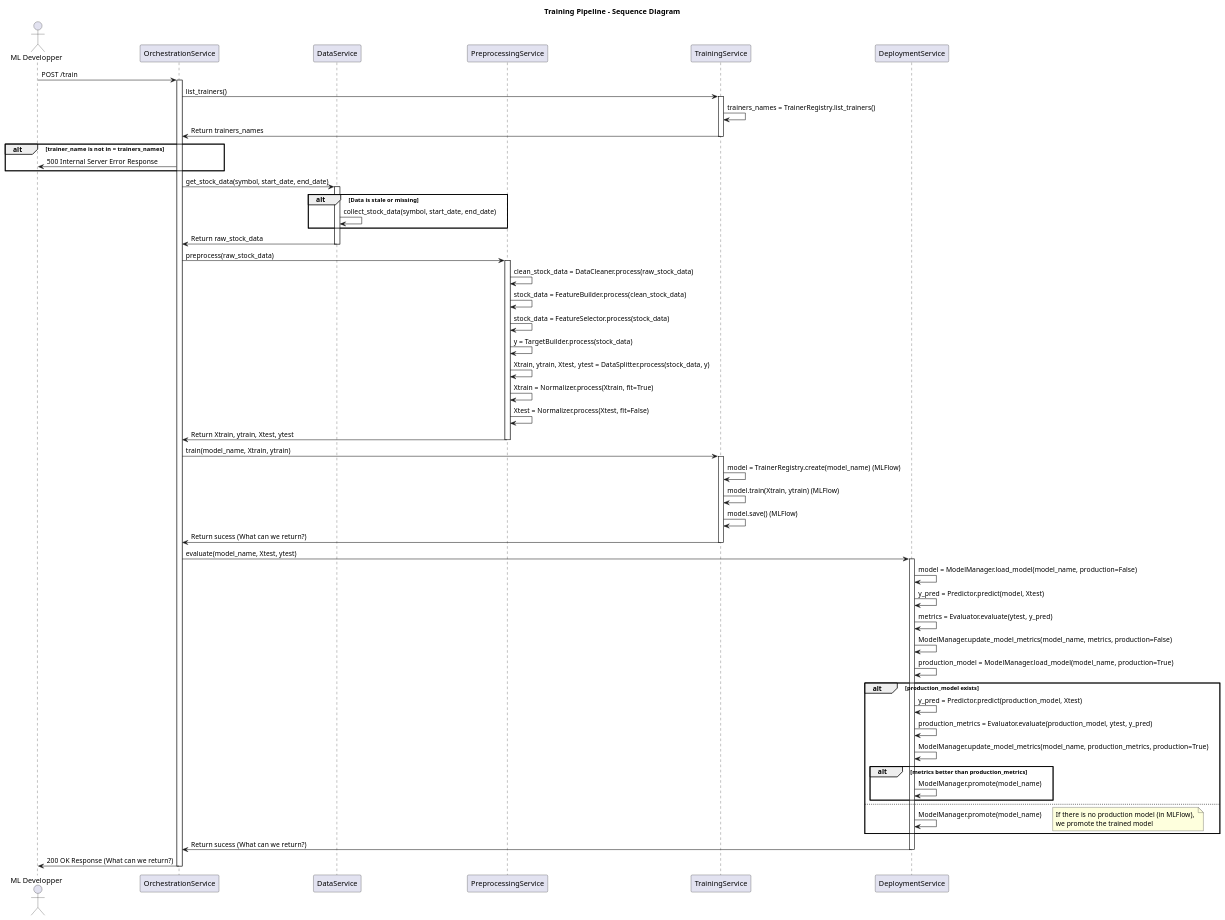
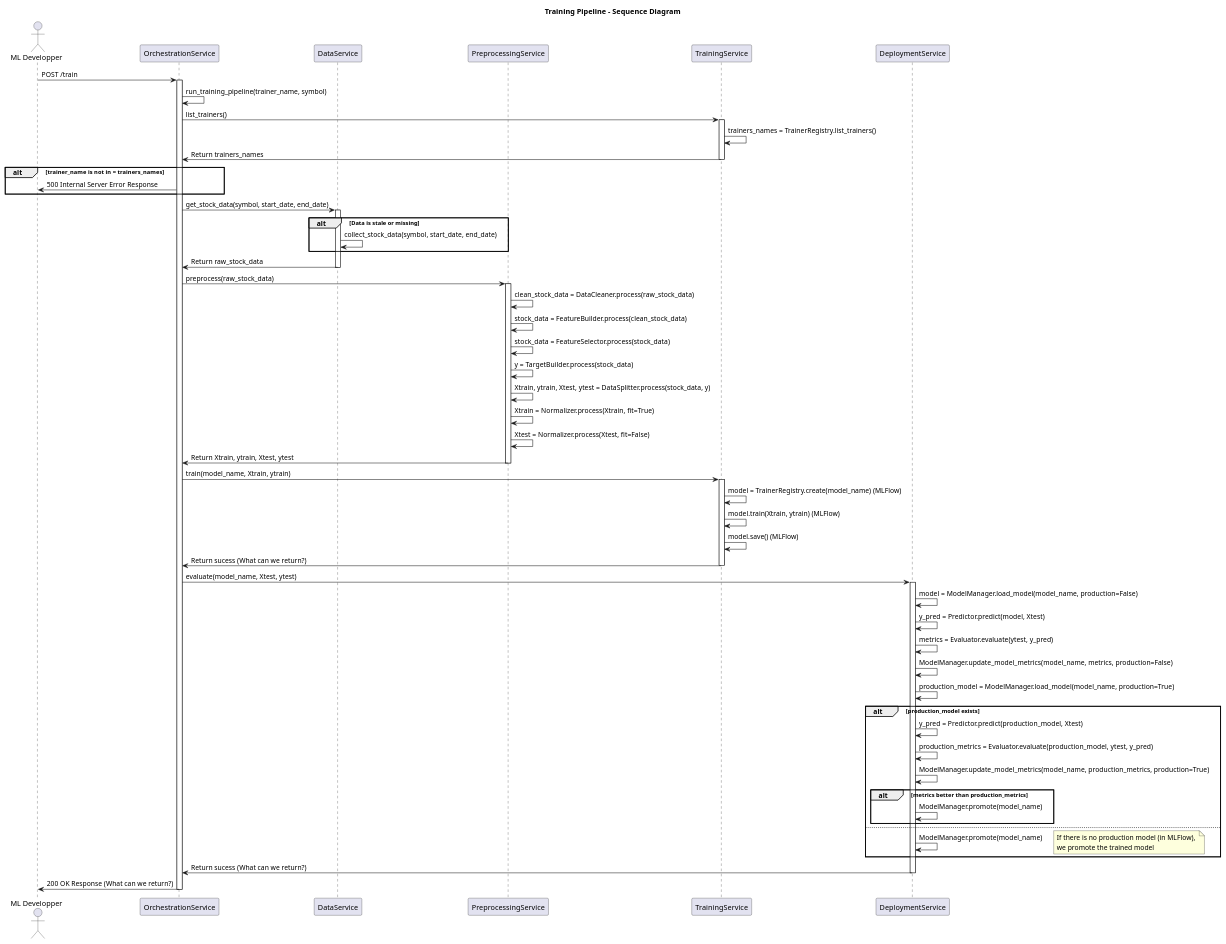
One commit to LOG795-PFE031/stock-ai_pfe031 changed the diagram in docs/monolith/Training_Pipeline_Sequence_Diagram.puml. Above: the diagram before and after it, drawn with PlantUML. The commit also changed 3 other files, not shown here.

Commit message:
Args added to diagram + Monitoring classes added (Docs)

```diff
--- a/docs/monolith/Training_Pipeline_Sequence_Diagram.puml
+++ b/docs/monolith/Training_Pipeline_Sequence_Diagram.puml
@@ -1,94 +1,94 @@
 @startuml
 
 title Training Pipeline - Sequence Diagram
 
 Actor "ML Developper" as User
 participant OrchestrationService
 participant DataService
 participant PreprocessingService
 participant TrainingService
 participant DeploymentService
 
 
 User -> OrchestrationService : POST /train
 activate OrchestrationService
 
-
+OrchestrationService -> OrchestrationService : run_training_pipeline(trainer_name, symbol)
 OrchestrationService -> TrainingService : list_trainers()
 activate TrainingService
 TrainingService -> TrainingService : trainers_names = TrainerRegistry.list_trainers()
 TrainingService -> OrchestrationService : Return trainers_names
 deactivate TrainingService
 
 alt trainer_name is not in  = trainers_names
     OrchestrationService -> User : 500 Internal Server Error Response
 end
 
 
 OrchestrationService -> DataService : get_stock_data(symbol, start_date, end_date)
 activate DataService
 
 alt Data is stale or missing
     DataService -> DataService : collect_stock_data(symbol, start_date, end_date)
 end
 DataService -> OrchestrationService : Return raw_stock_data
 deactivate DataService
 
 
 OrchestrationService -> PreprocessingService : preprocess(raw_stock_data)
 activate PreprocessingService
 PreprocessingService -> PreprocessingService : clean_stock_data = DataCleaner.process(raw_stock_data)
 PreprocessingService -> PreprocessingService : stock_data = FeatureBuilder.process(clean_stock_data)
 PreprocessingService -> PreprocessingService : stock_data = FeatureSelector.process(stock_data)
 PreprocessingService -> PreprocessingService : y = TargetBuilder.process(stock_data)
 PreprocessingService -> PreprocessingService : Xtrain, ytrain, Xtest, ytest = DataSplitter.process(stock_data, y)
 PreprocessingService -> PreprocessingService : Xtrain = Normalizer.process(Xtrain, fit=True)
 PreprocessingService -> PreprocessingService : Xtest = Normalizer.process(Xtest, fit=False)
 PreprocessingService -> OrchestrationService : Return Xtrain, ytrain, Xtest, ytest
 deactivate PreprocessingService
 
 
 OrchestrationService -> TrainingService : train(model_name, Xtrain, ytrain)
 activate TrainingService
 
 TrainingService -> TrainingService : model = TrainerRegistry.create(model_name) (MLFlow)
 TrainingService -> TrainingService : model.train(Xtrain, ytrain) (MLFlow)
 TrainingService -> TrainingService : model.save() (MLFlow)
 TrainingService -> OrchestrationService : Return sucess (What can we return?)
 deactivate TrainingService
 
 OrchestrationService -> DeploymentService : evaluate(model_name, Xtest, ytest)
 activate DeploymentService
 
 DeploymentService -> DeploymentService : model = ModelManager.load_model(model_name, production=False)
 DeploymentService -> DeploymentService : y_pred = Predictor.predict(model, Xtest)
 DeploymentService -> DeploymentService : metrics = Evaluator.evaluate(ytest, y_pred)
 DeploymentService -> DeploymentService : ModelManager.update_model_metrics(model_name, metrics, production=False)
 
 DeploymentService -> DeploymentService : production_model = ModelManager.load_model(model_name, production=True)
 
 alt production_model exists
     DeploymentService -> DeploymentService : y_pred = Predictor.predict(production_model, Xtest)
     DeploymentService -> DeploymentService : production_metrics = Evaluator.evaluate(production_model, ytest, y_pred)
     DeploymentService -> DeploymentService : ModelManager.update_model_metrics(model_name, production_metrics, production=True)
 
     alt metrics better than production_metrics
         DeploymentService -> DeploymentService : ModelManager.promote(model_name)
     end
 
 else
     DeploymentService -> DeploymentService : ModelManager.promote(model_name)
     note right
     If there is no production model (in MLFlow), 
     we promote the trained model
     end note
 end
 
 DeploymentService -> OrchestrationService : Return sucess (What can we return?)
 deactivate DeploymentService
 
 
 OrchestrationService -> User : 200 OK Response (What can we return?)
 deactivate OrchestrationService
 
 @enduml
```
